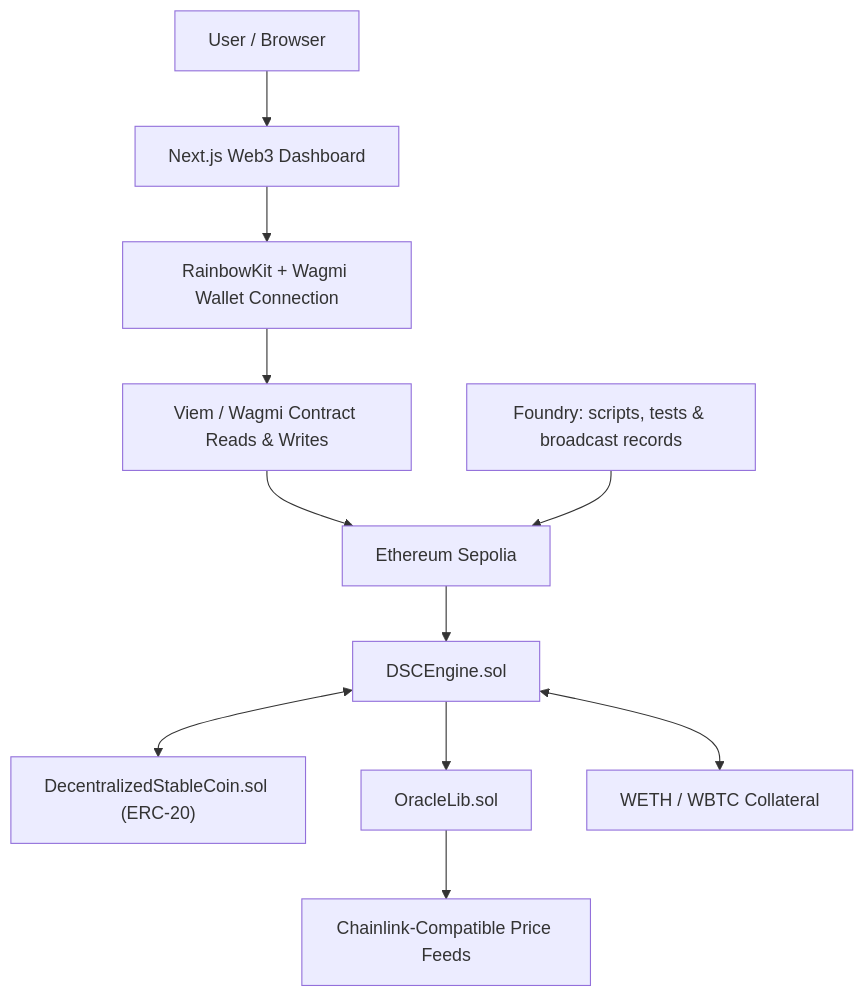
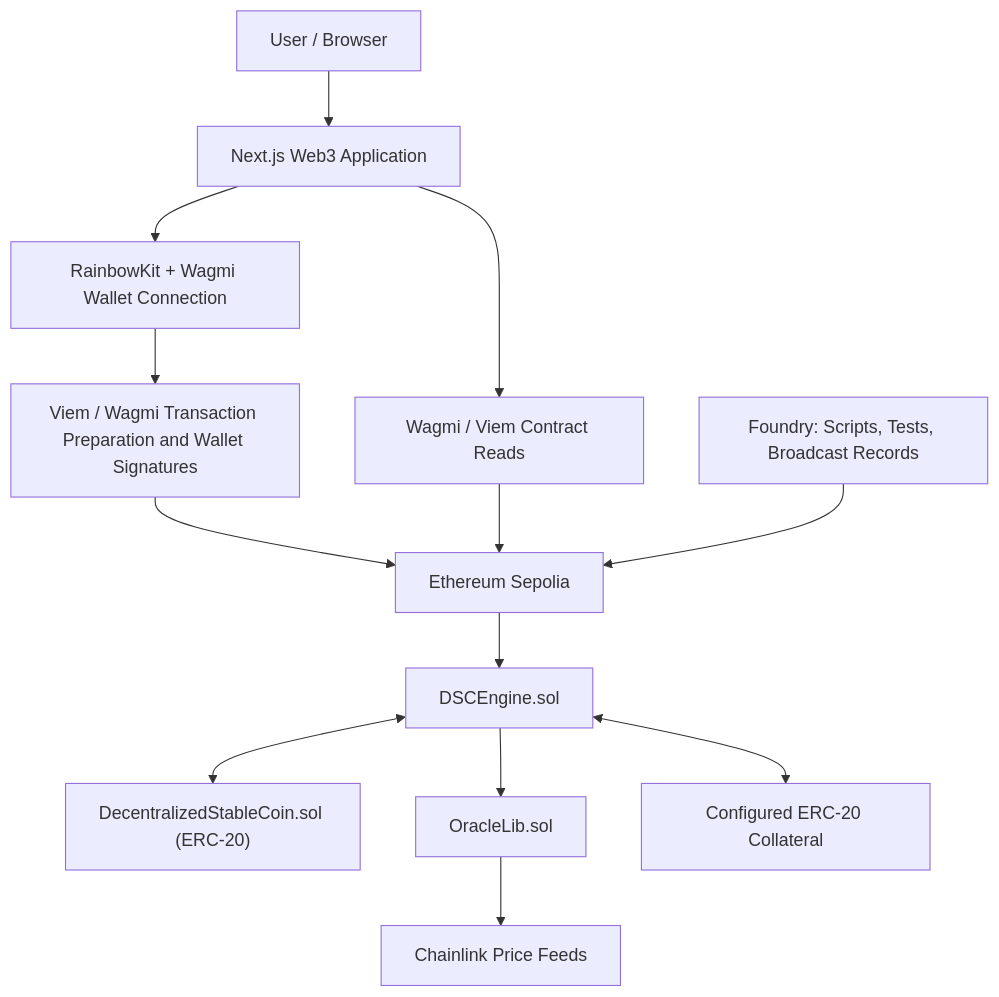
The diagram in README.md (Shivasaiyadav08/Stable-Coin), drawn with Mermaid before and after one commit. The commit also changed other lines of this file, not shown here.

````diff
--- a/README.md
+++ b/README.md
@@ -72,13 +72,15 @@
 ```mermaid
 flowchart TB
-    U["User / Browser"] --> UI["Next.js Web3 Dashboard"]
+    U["User / Browser"] --> UI["Next.js Web3 Application"]
     UI --> W["RainbowKit + Wagmi Wallet Connection"]
-    W --> R["Viem / Wagmi Contract Reads & Writes"]
-    R --> S["Ethereum Sepolia"]
+    UI --> Q["Wagmi / Viem Contract Reads"]
+    W --> TX["Viem / Wagmi Transaction Preparation and Wallet Signatures"]
+    TX --> S["Ethereum Sepolia"]
+    Q --> S
     S --> E["DSCEngine.sol"]
     E <--> T["DecentralizedStableCoin.sol (ERC-20)"]
     E --> O["OracleLib.sol"]
-    O --> P["Chainlink-Compatible Price Feeds"]
-    E <--> C["WETH / WBTC Collateral"]
-    F["Foundry: scripts, tests & broadcast records"] --> S
+    O --> P["Chainlink Price Feeds"]
+    E <--> C["Configured ERC-20 Collateral"]
+    F["Foundry: Scripts, Tests, Broadcast Records"] --> S
 ```
````
